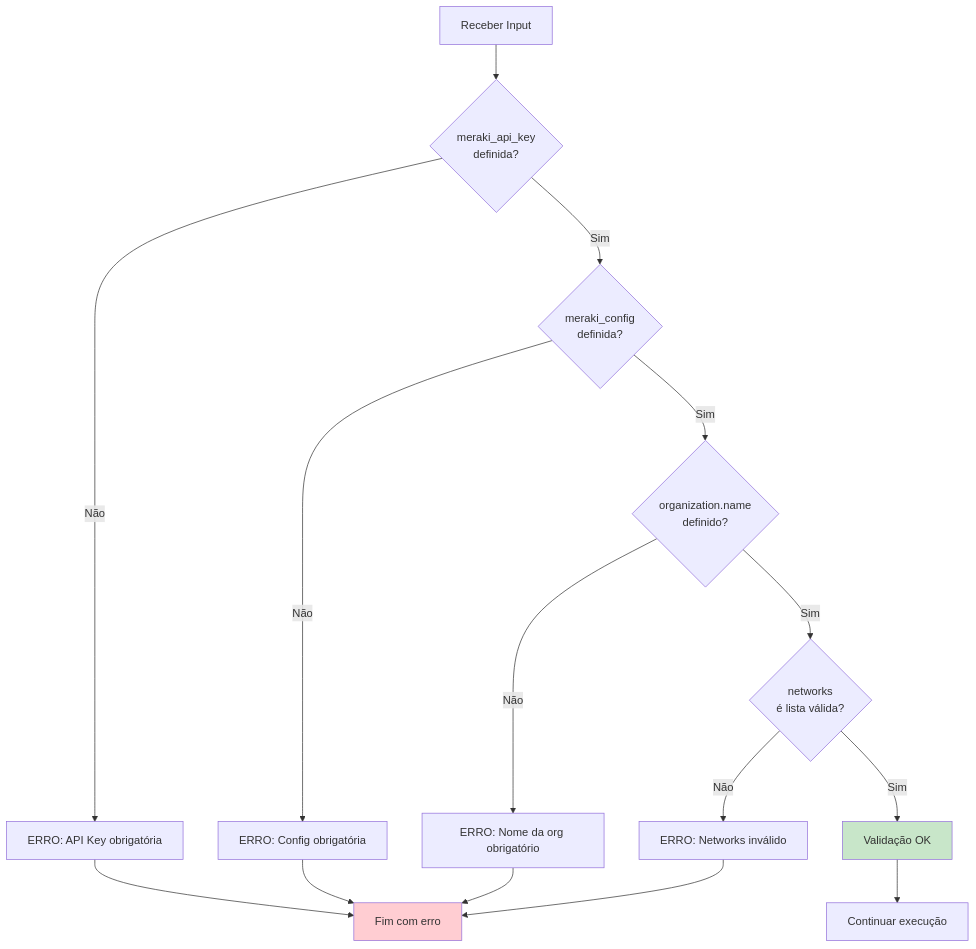
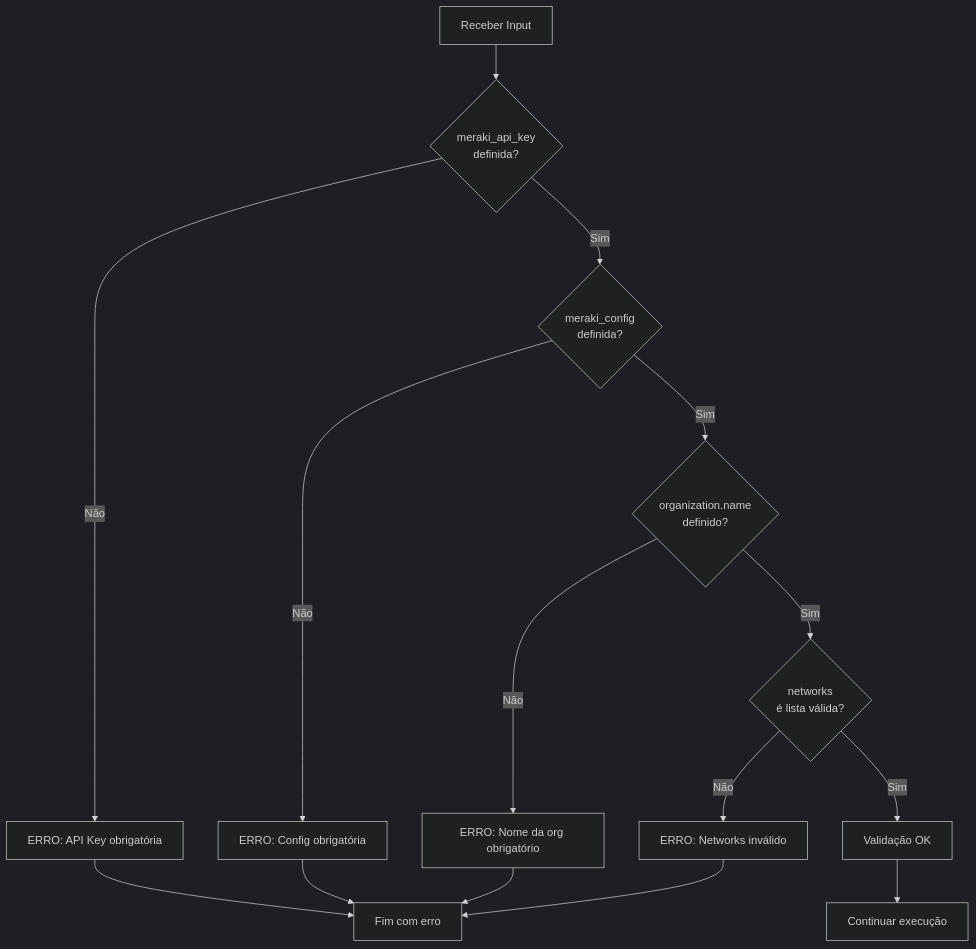
Diagram 11 of 13 in docs/system-modeling.md (rodrigo-freitas-com/meraki-ansible), drawn with Mermaid before and after one commit. The commit also changed other lines of this file and 2 other files, not shown here.

````diff
--- a/docs/system-modeling.md
+++ b/docs/system-modeling.md
@@ -423,26 +419,24 @@
 ```mermaid
+%%{init: {'theme': 'dark'}}%%
 flowchart TD
     A[Receber Input] --> B{meraki_api_key<br/>definida?}
 
     B -->|Não| C[ERRO: API Key obrigatória]
     B -->|Sim| D{meraki_config<br/>definida?}
 
     D -->|Não| E[ERRO: Config obrigatória]
     D -->|Sim| F{organization.name<br/>definido?}
 
     F -->|Não| G[ERRO: Nome da org obrigatório]
     F -->|Sim| H{networks<br/>é lista válida?}
 
     H -->|Não| I[ERRO: Networks inválido]
     H -->|Sim| J[Validação OK]
 
     J --> K[Continuar execução]
 
     C --> L[Fim com erro]
     E --> L
     G --> L
     I --> L
-
-    style J fill:#c8e6c9
-    style L fill:#ffcdd2
 ```
````
